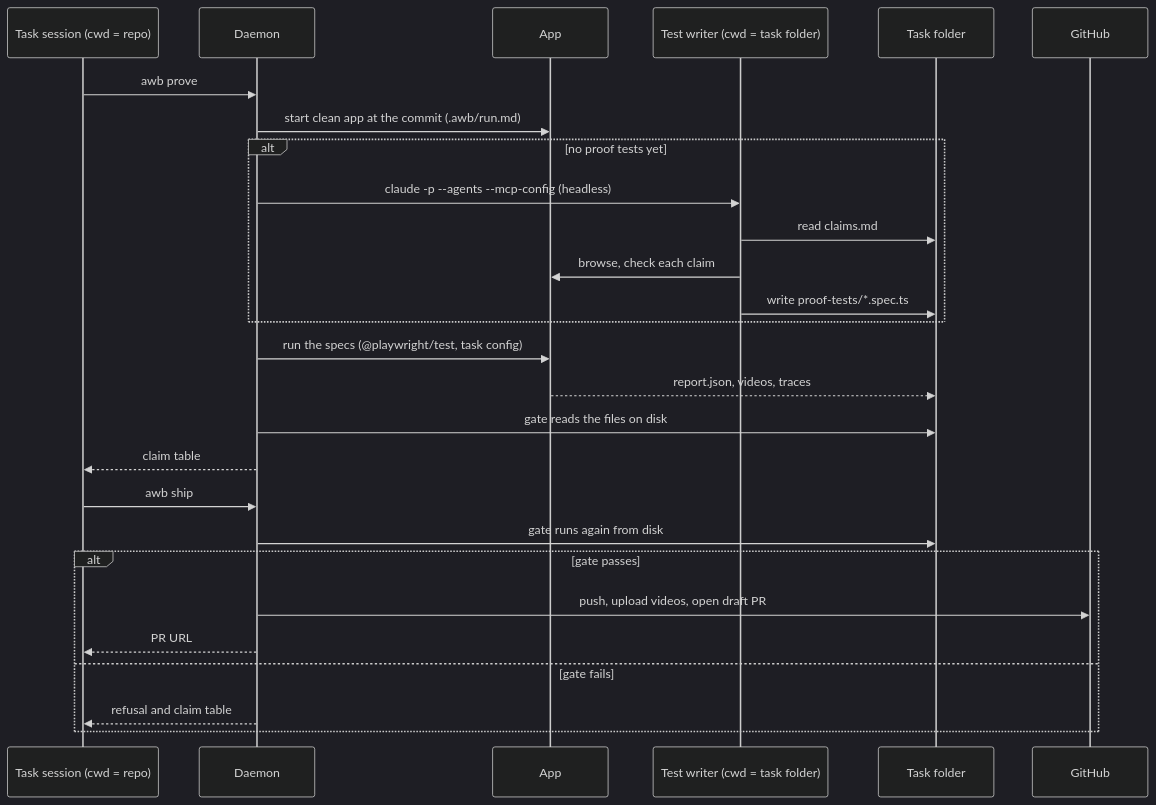
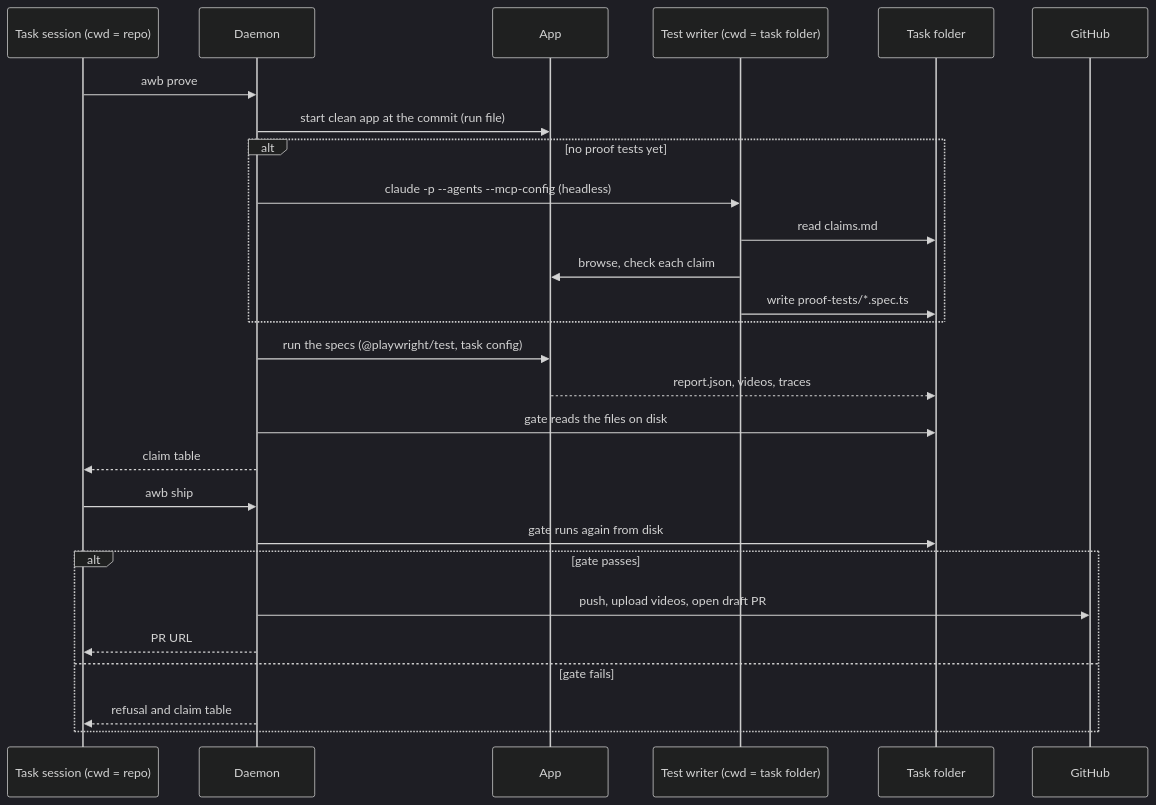
Before and after one commit to Borghese-Gladiator/agent-workbench: the second of 3 diagrams in docs/architecture.md, drawn with Mermaid (dark theme). The commit also changed other lines of this file and 15 other files, not shown here.

````diff
--- a/docs/architecture.md
+++ b/docs/architecture.md
@@ -71,30 +71,30 @@
 ```mermaid
 sequenceDiagram
   participant S as Task session (cwd = repo)
   participant D as Daemon
   participant A as App
   participant W as Test writer (cwd = task folder)
   participant F as Task folder
   participant G as GitHub
 
   S->>D: awb prove
-  D->>A: start clean app at the commit (.awb/run.md)
+  D->>A: start clean app at the commit (run file)
   alt no proof tests yet
     D->>W: claude -p --agents --mcp-config (headless)
     W->>F: read claims.md
     W->>A: browse, check each claim
     W->>F: write proof-tests/*.spec.ts
   end
   D->>A: run the specs (@playwright/test, task config)
   A-->>F: report.json, videos, traces
   D->>F: gate reads the files on disk
   D-->>S: claim table
   S->>D: awb ship
   D->>F: gate runs again from disk
   alt gate passes
     D->>G: push, upload videos, open draft PR
     D-->>S: PR URL
   else gate fails
     D-->>S: refusal and claim table
   end
 ```
````
